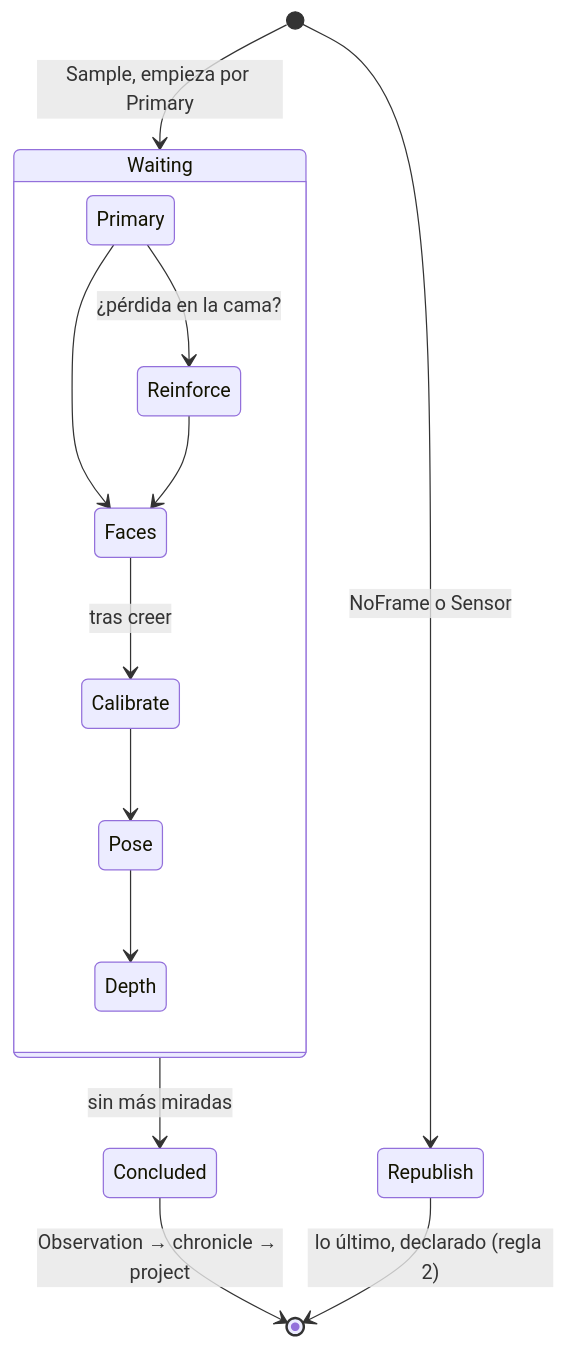
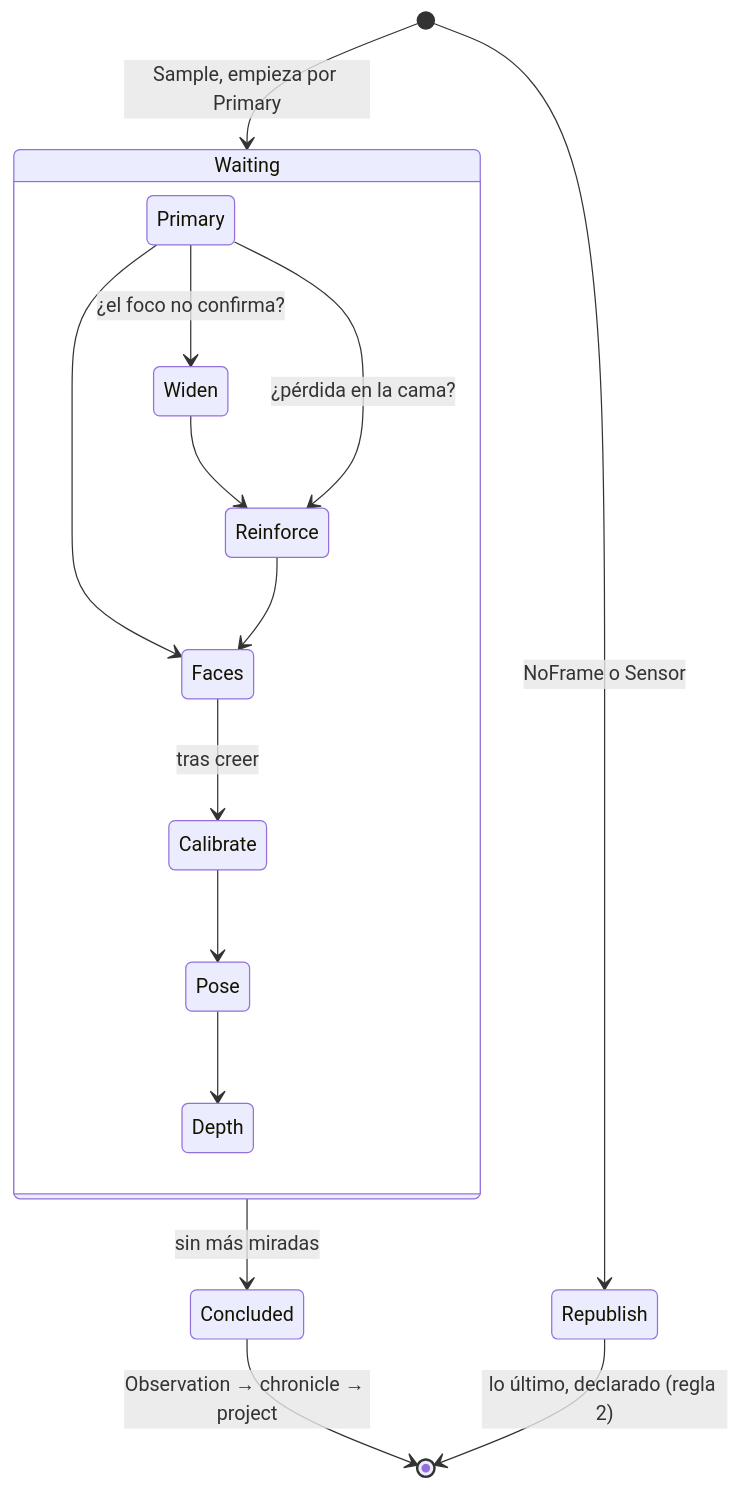
Before and after one commit to e7canasta/calipso-detector: the fourth of 9 diagrams in arquitectura-c4.md, drawn with Mermaid. The commit also changed other lines of this file and 7 other files, not shown here.

````diff
--- a/arquitectura-c4.md
+++ b/arquitectura-c4.md
@@ -190,16 +190,18 @@
 ```mermaid
 stateDiagram-v2
     [*] --> Waiting: Sample, empieza por Primary
     [*] --> Republish: NoFrame o Sensor
     state Waiting {
+        Primary --> Widen: ¿el foco no confirma?
+        Widen --> Reinforce
         Primary --> Reinforce: ¿pérdida en la cama?
         Primary --> Faces
         Reinforce --> Faces
         Faces --> Calibrate: tras creer
         Calibrate --> Pose
         Pose --> Depth
     }
     Waiting --> Concluded: sin más miradas
     Concluded --> [*]: Observation → chronicle → project
     Republish --> [*]: lo último, declarado (regla 2)
 ```
````
